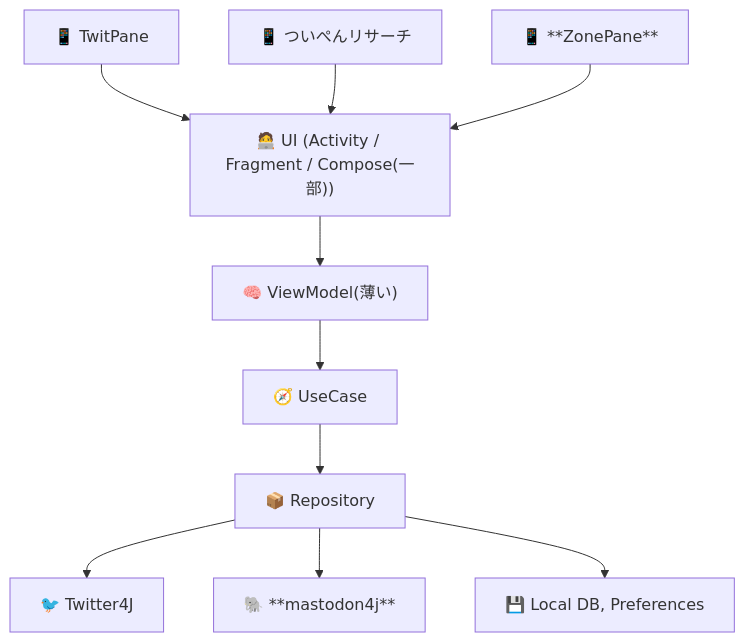
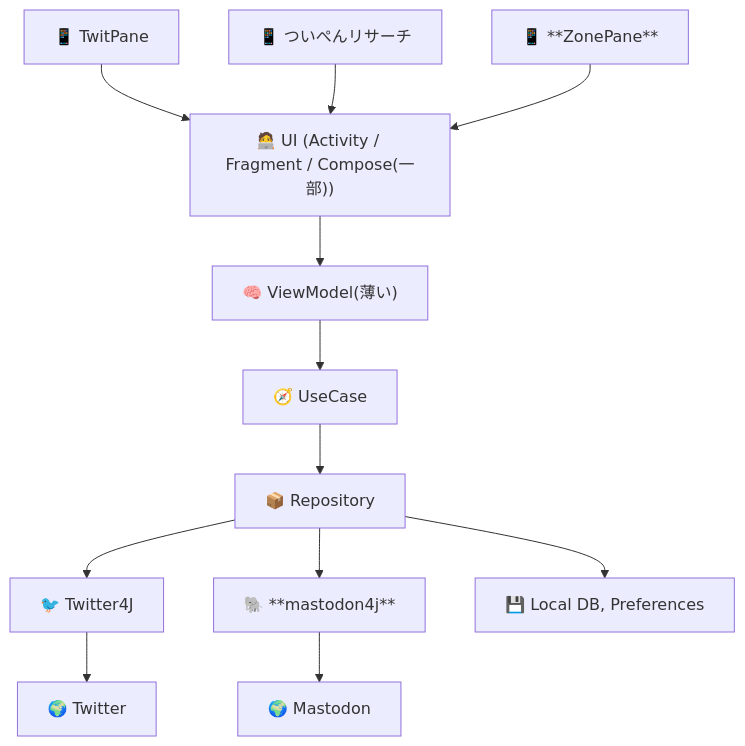
Before and after one commit to takke/mermaid_exam: the second of 6 diagrams in twitpane.md, drawn with Mermaid. The commit also changed other lines of this file, not shown here.

````diff
--- a/twitpane.md
+++ b/twitpane.md
@@ -24,22 +25,28 @@
 ```mermaid
 flowchart TD
   TP["📱 TwitPane"]
   TPR["📱 ついぺんリサーチ"]
   ZP["📱 **ZonePane**"]
+
   UI["🧑‍💻 UI (Activity / Fragment / Compose(一部))"]
   VM["🧠 ViewModel(薄い)"]
   UC["🧭 UseCase"]
   RP["📦 Repository"]
+
   TW["🐦 Twitter4J"]
   MA["🐘 **mastodon4j**"]
   DB["💾 Local DB, Preferences"]
 
+  S_TW["🌍 Twitter"]
+  S_MA["🌍 Mastodon"]
+
   TP --> UI
   TPR --> UI
   ZP --> UI
+
   UI --> VM --> UC --> RP
-  RP --> TW
-  RP --> MA
+
+  RP --> TW --> S_TW
+  RP --> MA --> S_MA
   RP --> DB
-
 ```
````
